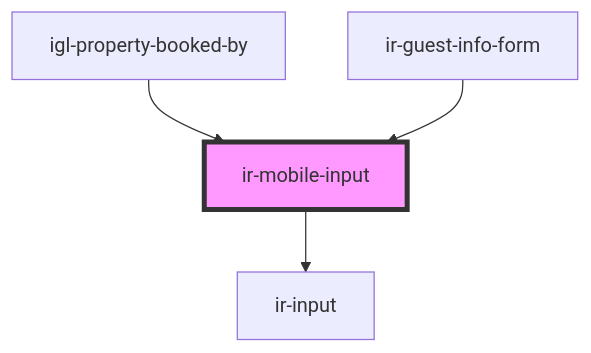
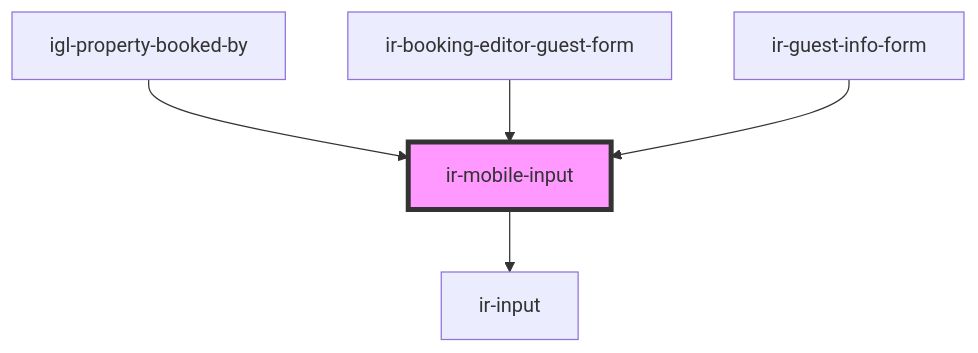
One commit to RonyRizk/ir-webcmp changed the diagram in src/components/ui/ir-mobile-input/readme.md. Above: the diagram before and after it, drawn with Mermaid. The commit also changed other lines of this file and 235 other files, not shown here.

````diff
--- a/src/components/ui/ir-mobile-input/readme.md
+++ b/src/components/ui/ir-mobile-input/readme.md
@@ -45,7 +46,8 @@
 ```mermaid
 graph TD;
   ir-mobile-input --> ir-input
   igl-property-booked-by --> ir-mobile-input
+  ir-booking-editor-guest-form --> ir-mobile-input
   ir-guest-info-form --> ir-mobile-input
   style ir-mobile-input fill:#f9f,stroke:#333,stroke-width:4px
 ```
````
